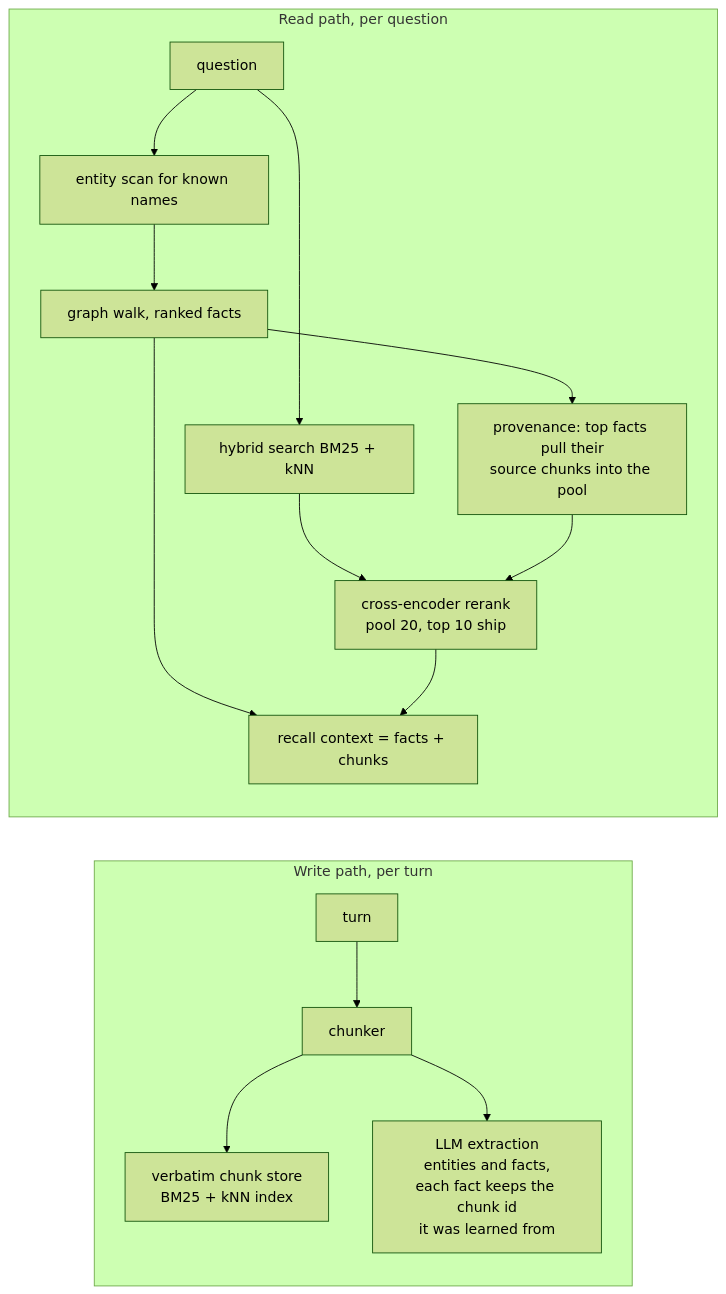
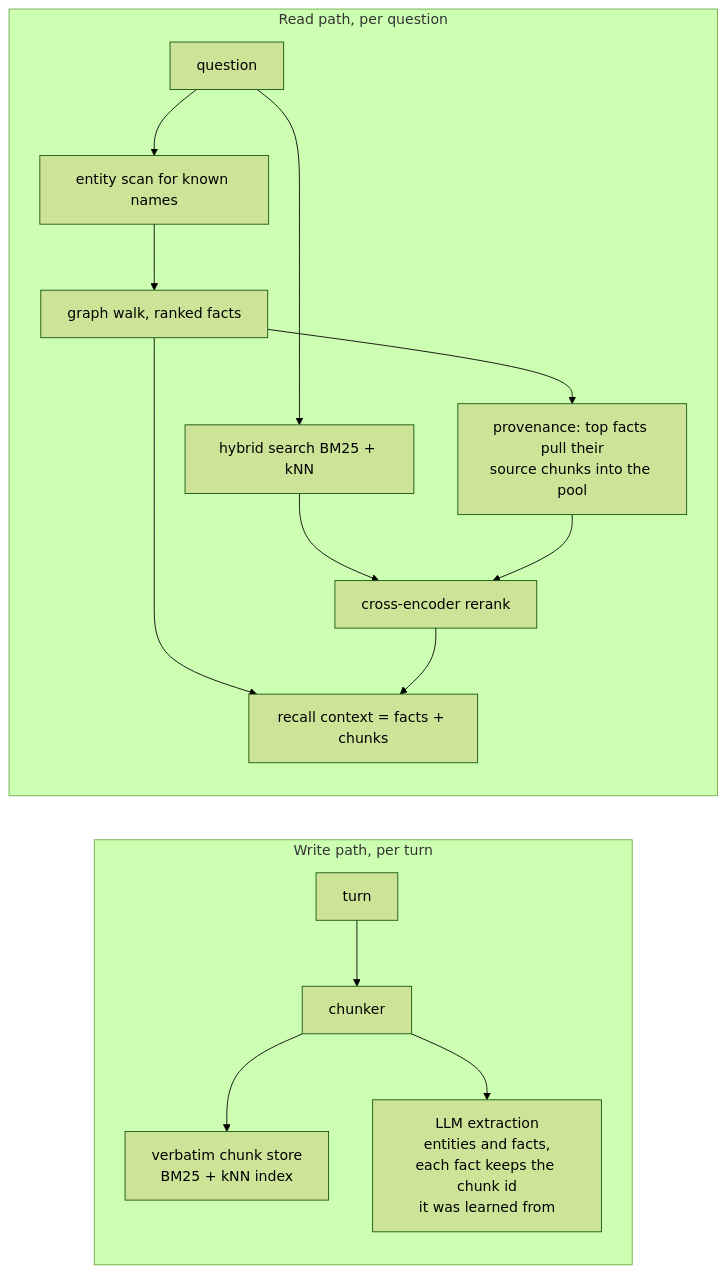
The third of 3 diagrams in README.md (leapmemory/memory-bench), drawn with Mermaid (forest theme) before and after one commit. The commit also changed other lines of this file, not shown here.

Commit message:
gif only hero, fix sample_100 link, trim rerank config

````diff
--- a/README.md
+++ b/README.md
@@ -99,18 +99,18 @@
 ```mermaid
 flowchart LR
     subgraph W[Write path, per turn]
         T[turn] --> C[chunker]
         C --> V[verbatim chunk store<br/>BM25 + kNN index]
         C --> X[LLM extraction<br/>entities and facts,<br/>each fact keeps the chunk id<br/>it was learned from]
     end
     subgraph R[Read path, per question]
         Qn[question] --> S[entity scan for known names]
         S --> Wk[graph walk, ranked facts]
         Qn --> H[hybrid search BM25 + kNN]
         Wk --> P[provenance: top facts pull their<br/>source chunks into the pool]
-        H --> RR[cross-encoder rerank<br/>pool 20, top 10 ship]
+        H --> RR[cross-encoder rerank]
         P --> RR
         Wk --> Ctx[recall context = facts + chunks]
         RR --> Ctx
     end
 ```
````
